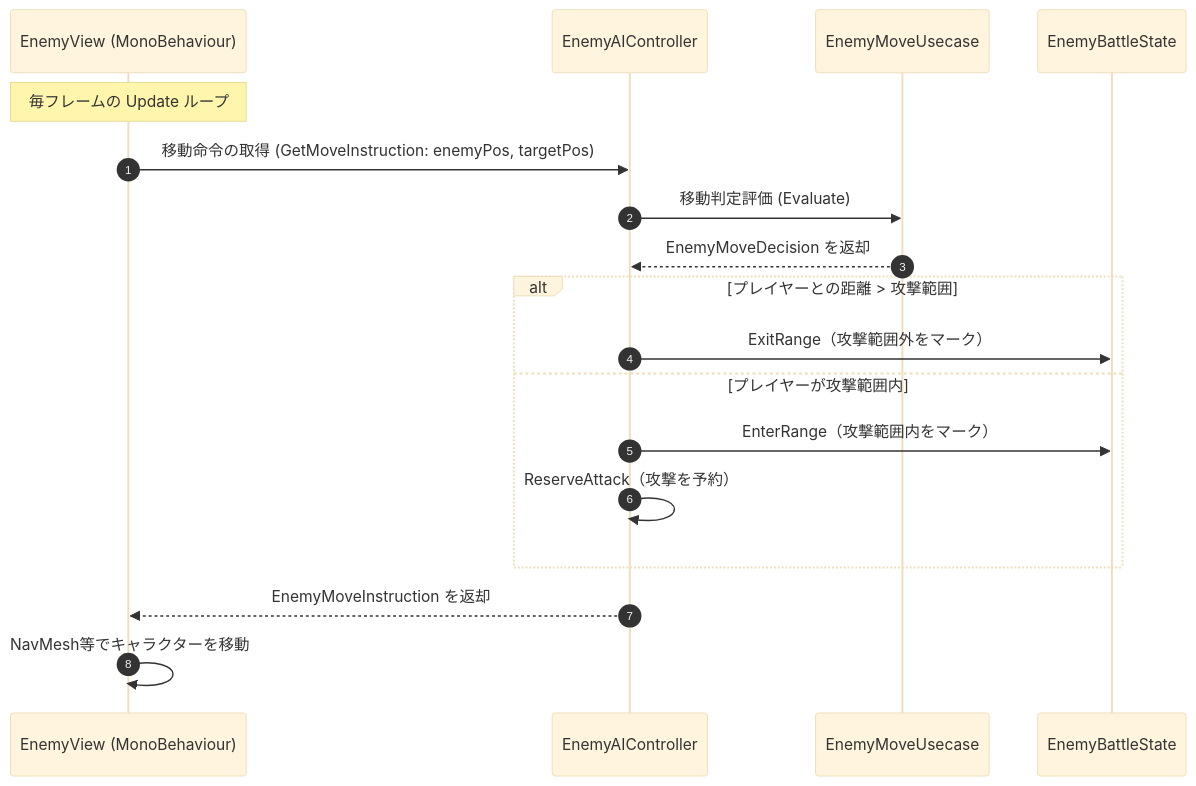
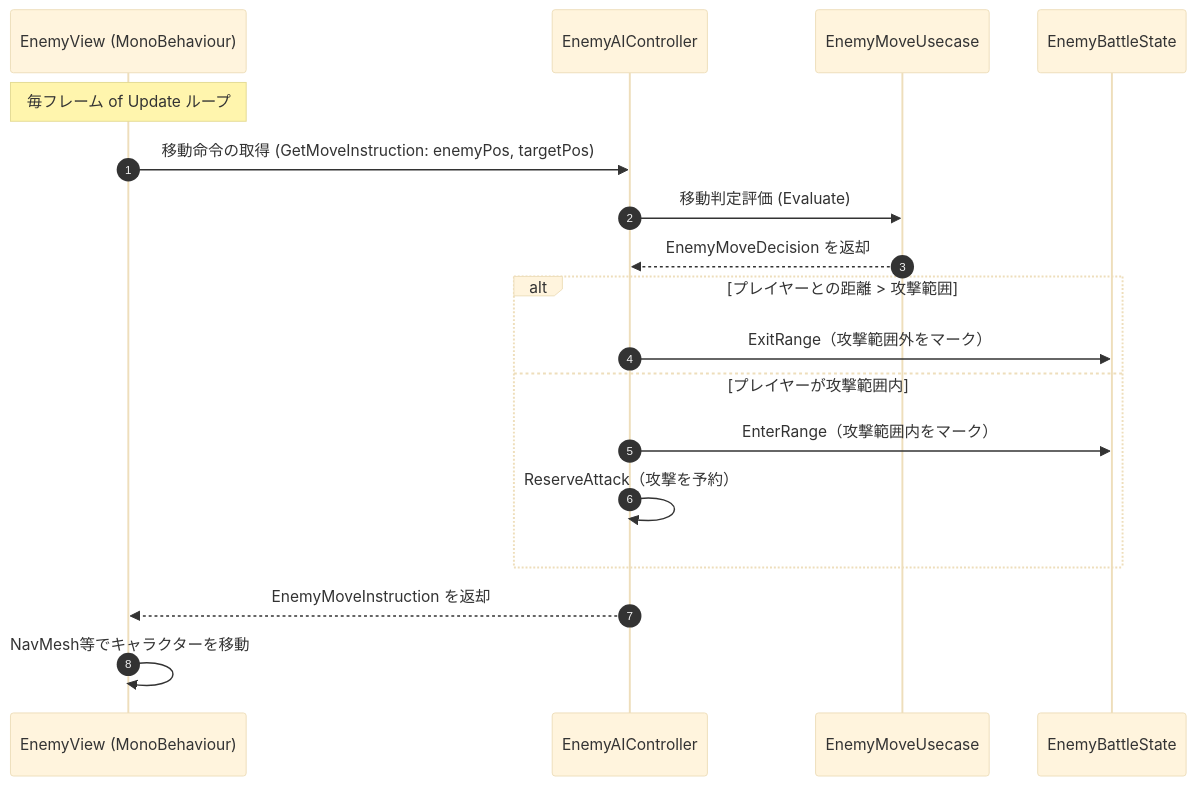
Before and after one commit to HIBIKI5201/SymphonyKillChord: the second of 4 diagrams in Assets/Docs/ScriptsDocs/Modules/NotionModuleDocs/Enemy.md, drawn with Mermaid (base theme). The commit also changed other lines of this file and 5 other files, not shown here.

````diff
--- a/Assets/Docs/ScriptsDocs/Modules/NotionModuleDocs/Enemy.md
+++ b/Assets/Docs/ScriptsDocs/Modules/NotionModuleDocs/Enemy.md
@@ -88,21 +125,21 @@
 ```mermaid
 sequenceDiagram
     autonumber
     participant EView as EnemyView (MonoBehaviour)
     participant EAI as EnemyAIController
     participant EMoveUC as EnemyMoveUsecase
     participant EBState as EnemyBattleState
 
-    Note over EView: 毎フレームの Update ループ
+    Note over EView: 毎フレーム of Update ループ
     EView ->> EAI: 移動命令の取得 (GetMoveInstruction: enemyPos, targetPos)
     EAI ->> EMoveUC: 移動判定評価 (Evaluate)
     EMoveUC -->> EAI: EnemyMoveDecision を返却
     alt プレイヤーとの距離 > 攻撃範囲
         EAI ->> EBState: ExitRange（攻撃範囲外をマーク）
     else プレイヤーが攻撃範囲内
         EAI ->> EBState: EnterRange（攻撃範囲内をマーク）
         EAI ->> EAI: ReserveAttack（攻撃を予約）
     end
     EAI -->> EView: EnemyMoveInstruction を返却
     EView ->> EView: NavMesh等でキャラクターを移動
 ```
````
